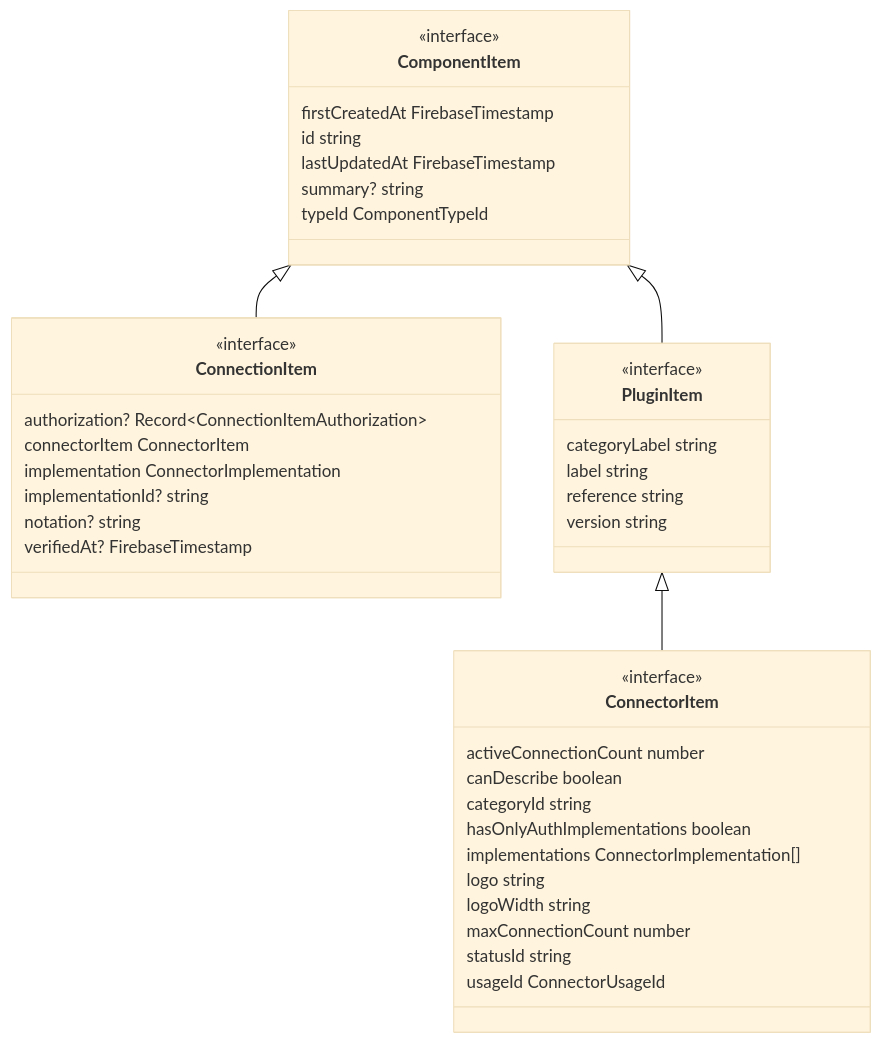
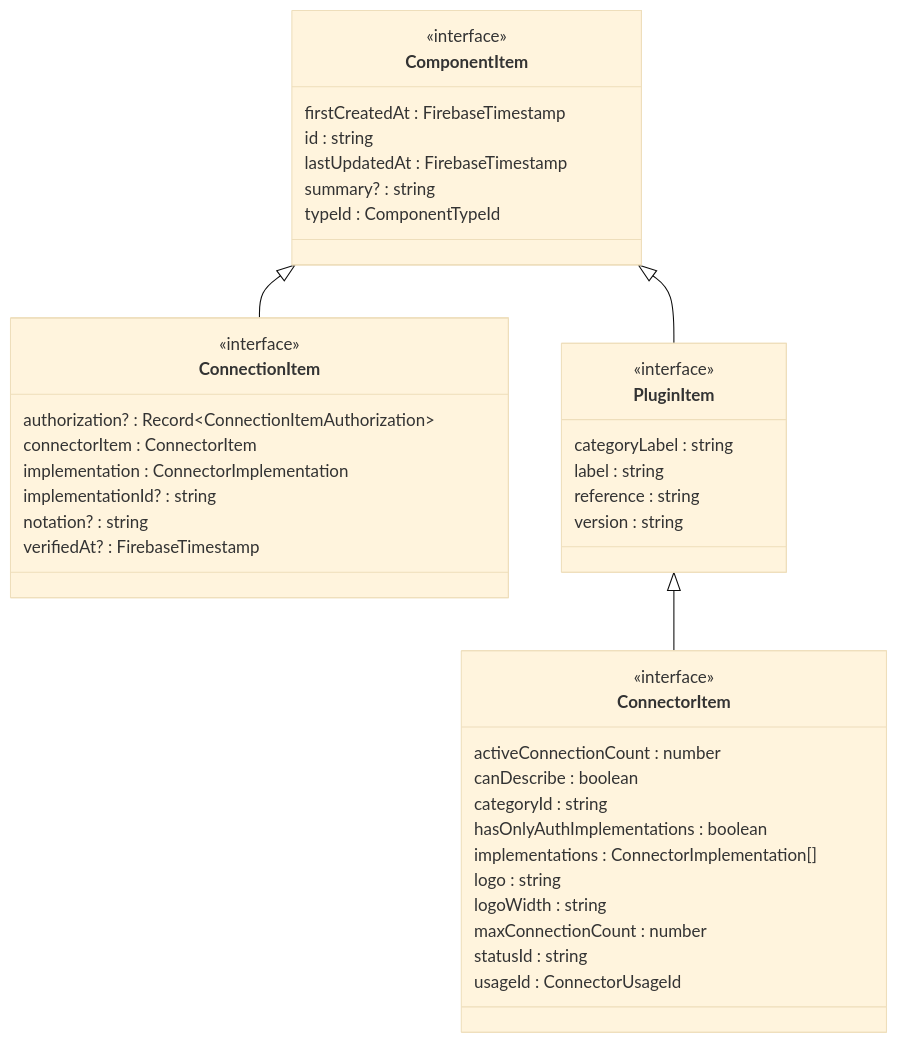
Before and after one commit to data-positioning/datapos-shared: the third of 7 diagrams in README.md, drawn with Mermaid (base theme). The commit also changed other lines of this file and 1 other file, not shown here.

````diff
--- a/README.md
+++ b/README.md
@@ -117,49 +117,49 @@
 ```mermaid
 classDiagram
     direction TB
 
     ComponentItem <|-- ConnectionItem
     ComponentItem <|-- PluginItem
     PluginItem <|-- ConnectorItem
 
     class ConnectionItem {
         <<interface>>
-        authorization? Record~ConnectionItemAuthorization~
-        connectorItem ConnectorItem
-        implementation ConnectorImplementation
-        implementationId? string
-        notation? string
-        verifiedAt? FirebaseTimestamp
+        authorization? :  Record~ConnectionItemAuthorization~
+        connectorItem :  ConnectorItem
+        implementation :  ConnectorImplementation
+        implementationId? :  string
+        notation? :  string
+        verifiedAt? :  FirebaseTimestamp
     }
 
     class ComponentItem {
         <<interface>>
-        firstCreatedAt FirebaseTimestamp
-        id string
-        lastUpdatedAt FirebaseTimestamp
-        summary? string
-        typeId ComponentTypeId
+        firstCreatedAt :  FirebaseTimestamp
+        id :  string
+        lastUpdatedAt :  FirebaseTimestamp
+        summary? :  string
+        typeId :  ComponentTypeId
     }
 
     class PluginItem {
         <<interface>>
-        categoryLabel string
-        label string
-        reference string
-        version string
+        categoryLabel :  string
+        label :  string
+        reference :  string
+        version :  string
     }
 
     class ConnectorItem {
         <<interface>>
-        activeConnectionCount number
-        canDescribe boolean
-        categoryId string
-        hasOnlyAuthImplementations boolean
-        implementations ConnectorImplementation[]
-        logo string
-        logoWidth string
-        maxConnectionCount number
-        statusId string
-        usageId ConnectorUsageId
+        activeConnectionCount :  number
+        canDescribe :  boolean
+        categoryId :  string
+        hasOnlyAuthImplementations :  boolean
+        implementations :  ConnectorImplementation[]
+        logo :  string
+        logoWidth :  string
+        maxConnectionCount :  number
+        statusId :  string
+        usageId :  ConnectorUsageId
     }
 ```
````
